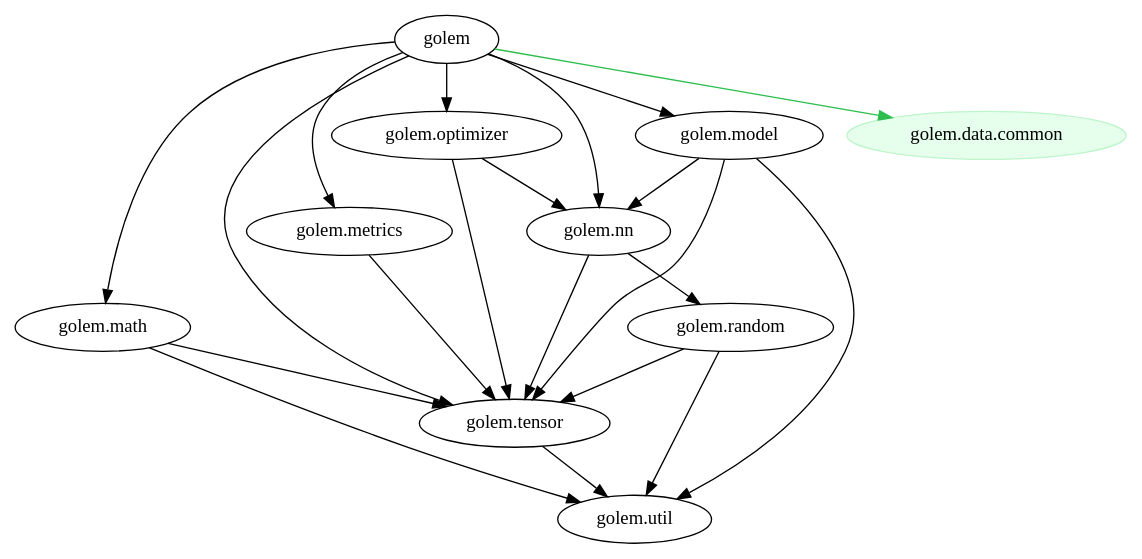
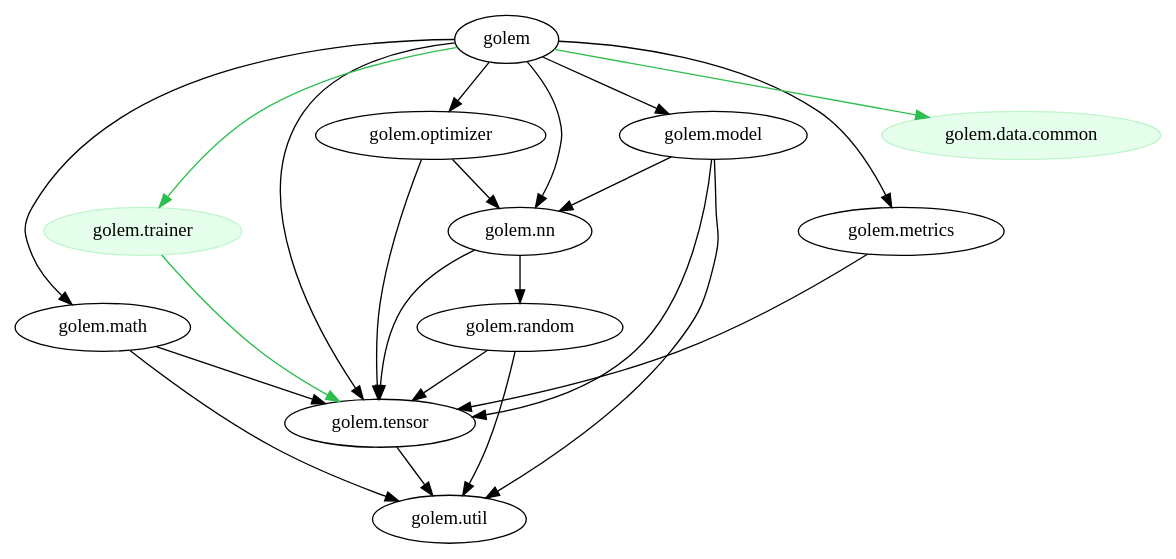
Before and after one commit to lempiji/golem: the diagram in images/deps.dot, drawn with Graphviz. The commit also changed 2 other files, not shown here.

```diff
--- a/images/deps.dot
+++ b/images/deps.dot
@@ -1,37 +1,40 @@
 digraph {
     {
         "golem"
         "golem.math"
         "golem.metrics"
         "golem.model"
         "golem.nn"
         "golem.optimizer"
         "golem.random"
         "golem.tensor"
         "golem.util"
     }
     {
         node [style=filled color="#bef5cb" fillcolor="#e6ffed"];
         "golem.data.common"
+        "golem.trainer"
     }
     "golem" -> "golem.math";
     "golem" -> "golem.metrics";
     "golem" -> "golem.model";
     "golem" -> "golem.nn";
     "golem" -> "golem.optimizer";
     "golem" -> "golem.tensor";
     "golem.math" -> "golem.tensor";
     "golem.math" -> "golem.util";
     "golem.metrics" -> "golem.tensor";
     "golem.model" -> "golem.nn";
     "golem.model" -> "golem.tensor";
     "golem.model" -> "golem.util";
     "golem.nn" -> "golem.random";
     "golem.nn" -> "golem.tensor";
     "golem.optimizer" -> "golem.nn";
     "golem.optimizer" -> "golem.tensor";
     "golem.random" -> "golem.tensor";
     "golem.random" -> "golem.util";
     "golem.tensor" -> "golem.util";
     "golem" -> "golem.data.common" [color="#2cbe4e"];
+    "golem" -> "golem.trainer" [color="#2cbe4e"];
+    "golem.trainer" -> "golem.tensor" [color="#2cbe4e"];
 }
```
